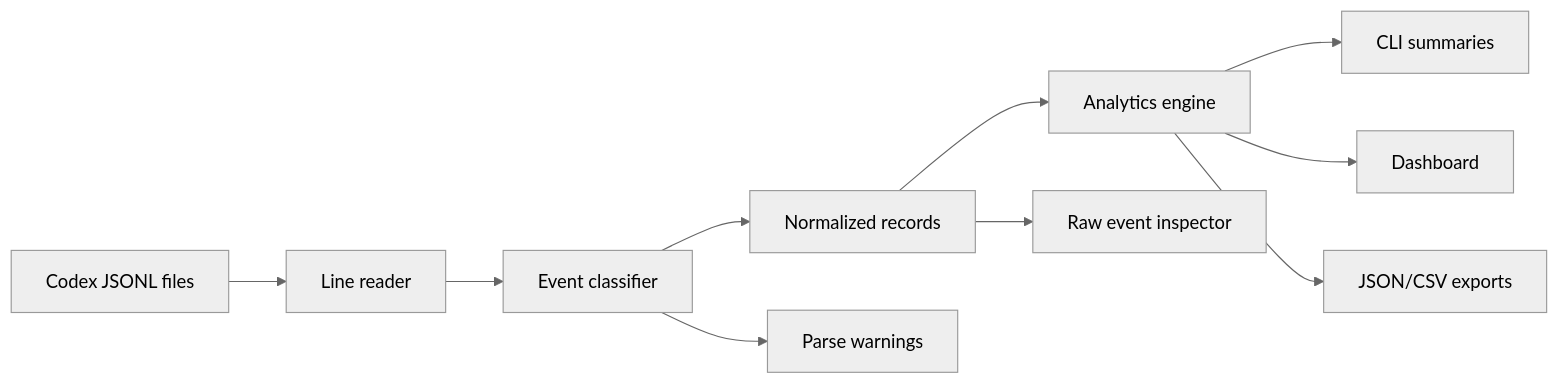
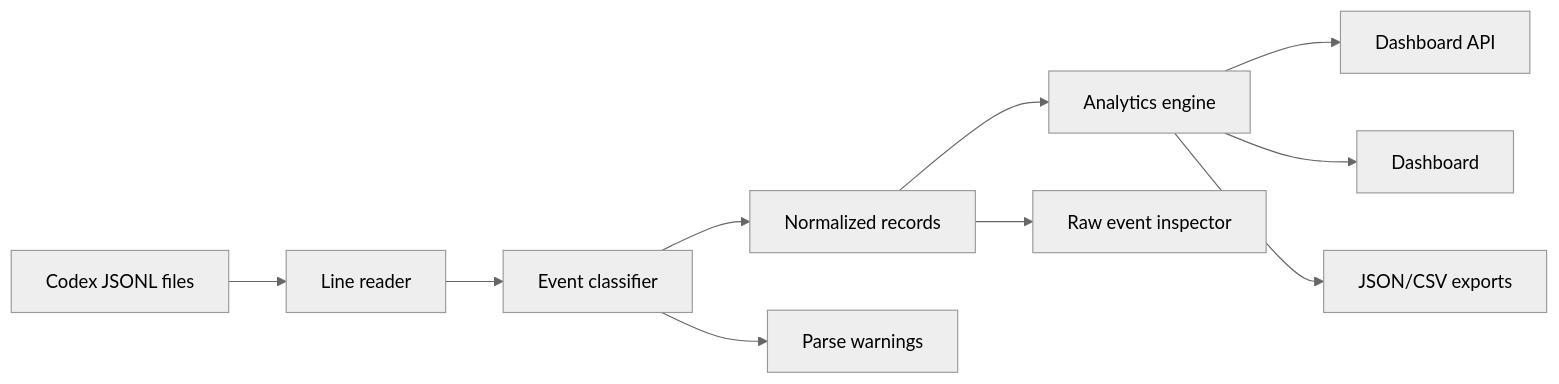
The diagram in docs/architecture.md (crispierry/codex-log-viewer), drawn with Mermaid (neutral theme) before and after one commit. The commit also changed other lines of this file and 7 other files, not shown here.

````diff
--- a/docs/architecture.md
+++ b/docs/architecture.md
@@ -18,12 +28,12 @@
 ```mermaid
 flowchart LR
   A["Codex JSONL files"] --> B["Line reader"]
   B --> C["Event classifier"]
   C --> D["Normalized records"]
   C --> E["Parse warnings"]
   D --> F["Analytics engine"]
-  F --> G["CLI summaries"]
+  F --> G["Dashboard API"]
   F --> H["Dashboard"]
   F --> I["JSON/CSV exports"]
   D --> J["Raw event inspector"]
 ```
````
